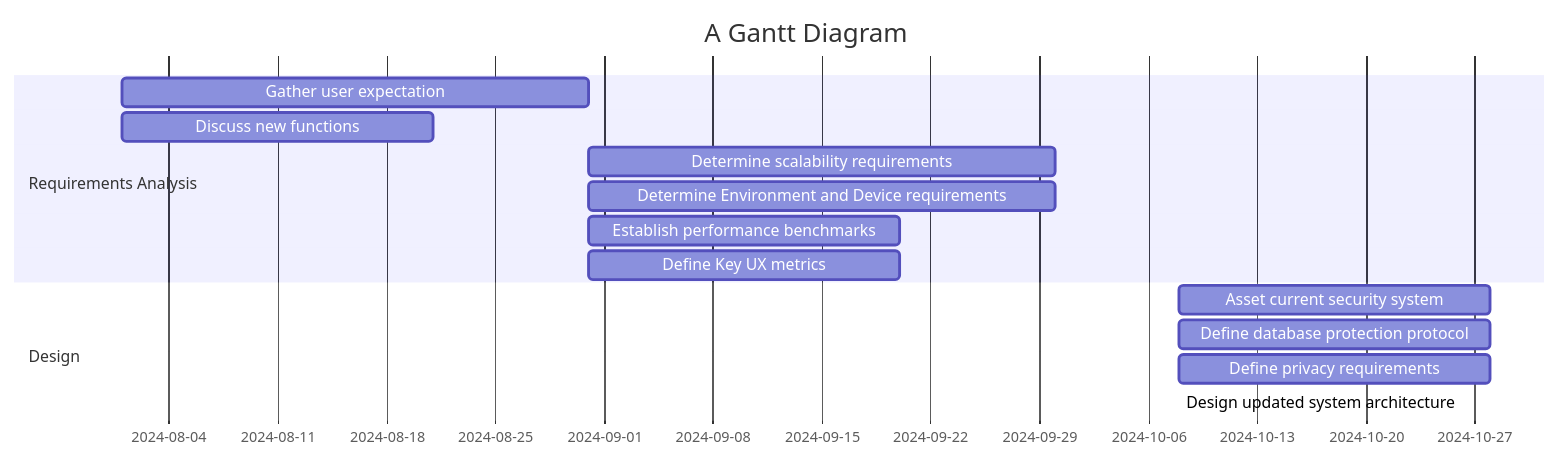
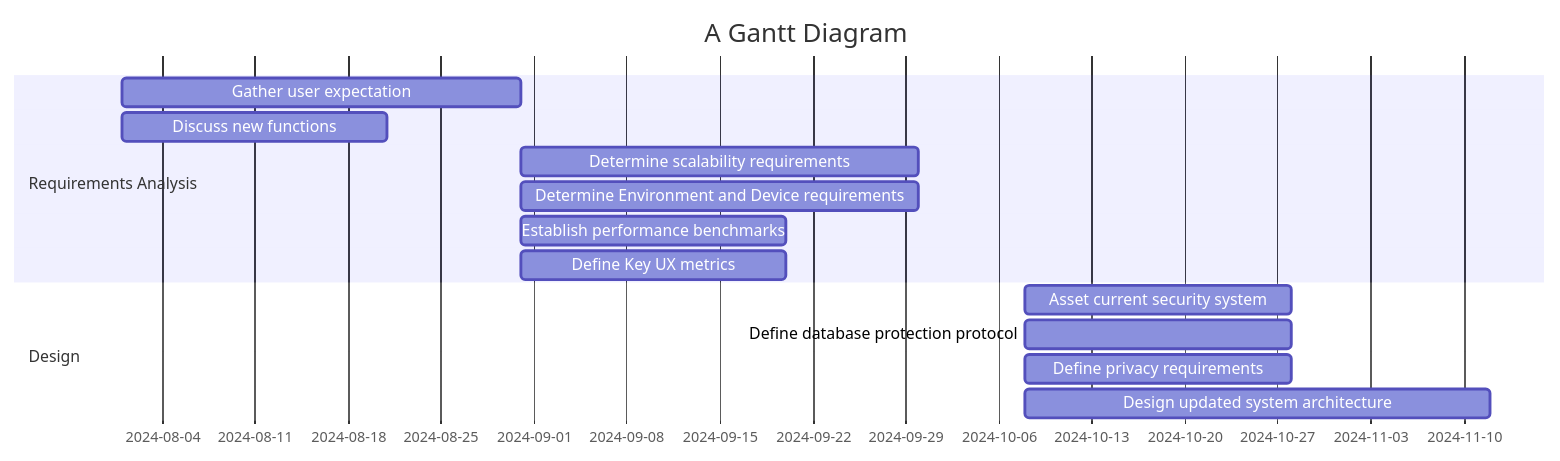
Before and after one commit to sayshelley/iodraw-files: the diagram in all/Untitled-2.md, drawn with Mermaid.

Commit message:
2024-10-05 00:21:53 update

````diff
--- a/all/Untitled-2.md
+++ b/all/Untitled-2.md
@@ -1,27 +1,27 @@
 ```mermaid
 gantt
     title A Gantt Diagram
     dateFormat  YYYY-MM-DD
     section Requirements Analysis
         Gather user expectation: a4, 2024-08-01, 30d
         Discuss new functions: a6, 2024-08-01, 20d
         Determine scalability requirements: a1, after a4, 30d
         Determine Environment and Device requirements: a2, after a4, 30d
         Establish performance benchmarks: a3, after a4, 20d
         Define Key UX metrics: a5, after a4, 20d
         
     section Design
         Asset current security system: b1, 2024-10-08, 20d
         Define database protection protocol: b2, 2024-10-08, 20d
         Define privacy requirements: b3, 2024-10-08, 20d
-        Design updated system architecture: b4, 2024-10-08, 20
+        Design updated system architecture: b4, 2024-10-08, 35d
 
 
     section Develop
 
 
     
 
 
    
 ```
````
